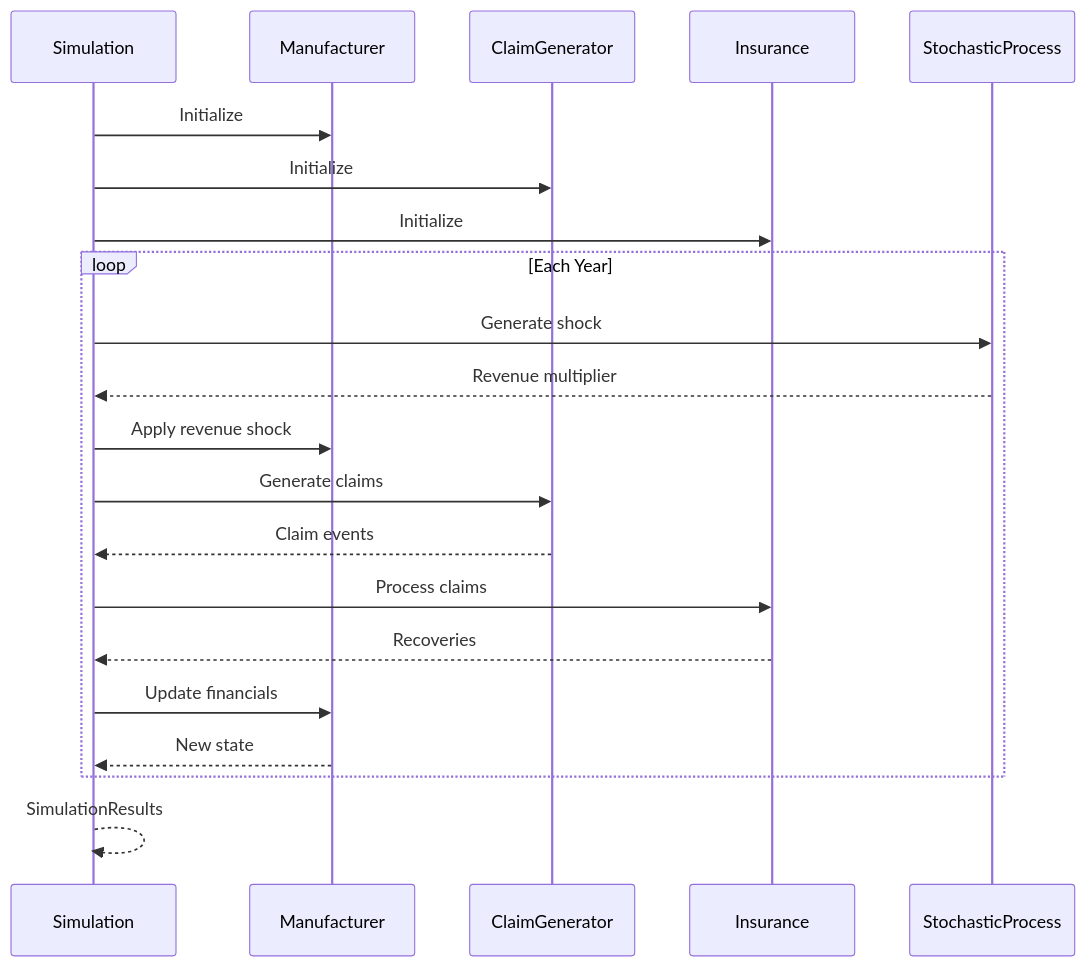
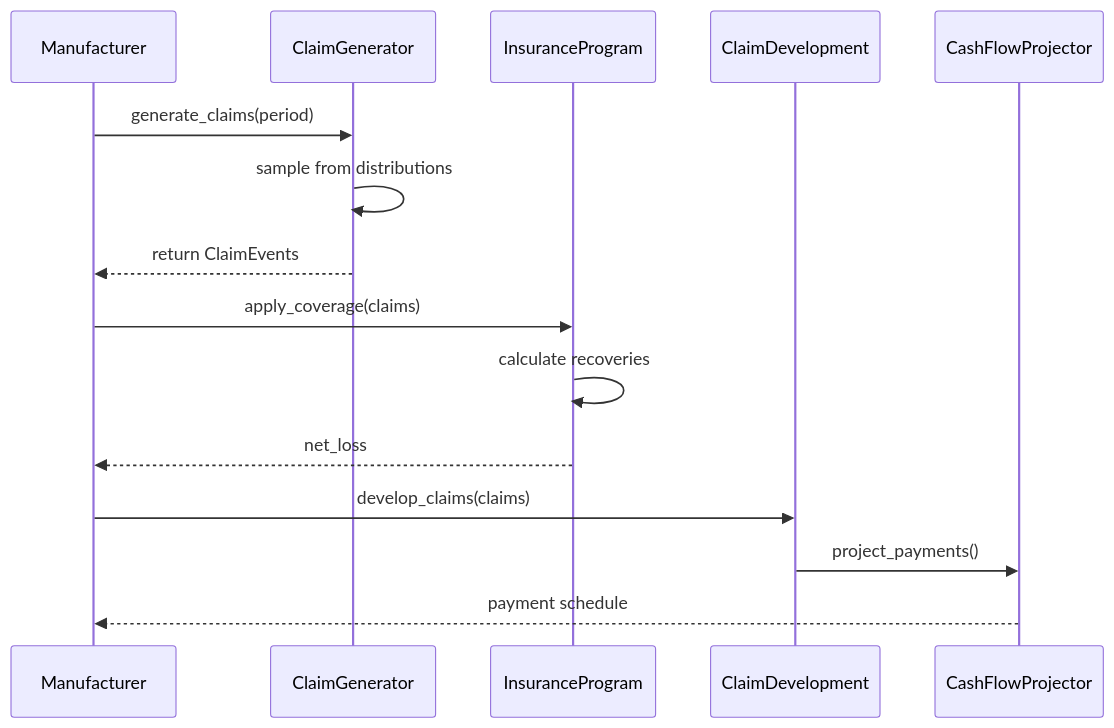
One commit to AlexFiliakov/Ergodic-Insurance-Limits changed the fourth of 5 diagrams in ergodic_insurance/docs/architecture/module_overview.md. Above: the diagram before and after it, drawn with Mermaid. The commit also changed other lines of this file and 24 other files, not shown here.

````diff
--- a/ergodic_insurance/docs/architecture/module_overview.md
+++ b/ergodic_insurance/docs/architecture/module_overview.md
@@ -115,29 +175,18 @@
 ```mermaid
 sequenceDiagram
-    participant Sim as Simulation
-    participant Mfr as Manufacturer
-    participant Claim as ClaimGenerator
-    participant Ins as Insurance
-    participant Process as StochasticProcess
+    participant Manufacturer
+    participant ClaimGenerator
+    participant InsuranceProgram
+    participant ClaimDevelopment
+    participant CashFlowProjector
 
-    Sim->>Mfr: Initialize
-    Sim->>Claim: Initialize
-    Sim->>Ins: Initialize
-
-    loop Each Year
-        Sim->>Process: Generate shock
-        Process-->>Sim: Revenue multiplier
-        Sim->>Mfr: Apply revenue shock
-
-        Sim->>Claim: Generate claims
-        Claim-->>Sim: Claim events
-
-        Sim->>Ins: Process claims
-        Ins-->>Sim: Recoveries
-
-        Sim->>Mfr: Update financials
-        Mfr-->>Sim: New state
-    end
-
-    Sim-->>Sim: SimulationResults
+    Manufacturer->>ClaimGenerator: generate_claims(period)
+    ClaimGenerator->>ClaimGenerator: sample from distributions
+    ClaimGenerator-->>Manufacturer: return ClaimEvents
+    Manufacturer->>InsuranceProgram: apply_coverage(claims)
+    InsuranceProgram->>InsuranceProgram: calculate recoveries
+    InsuranceProgram-->>Manufacturer: net_loss
+    Manufacturer->>ClaimDevelopment: develop_claims(claims)
+    ClaimDevelopment->>CashFlowProjector: project_payments()
+    CashFlowProjector-->>Manufacturer: payment schedule
 ```
````
